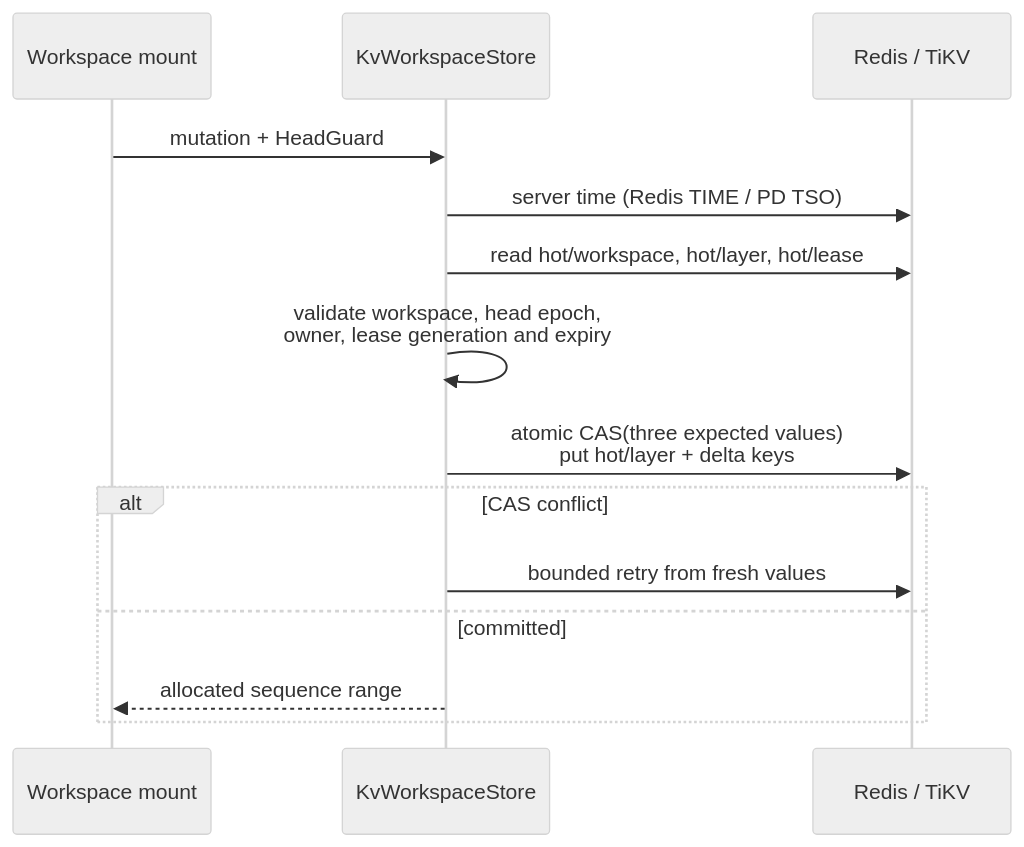
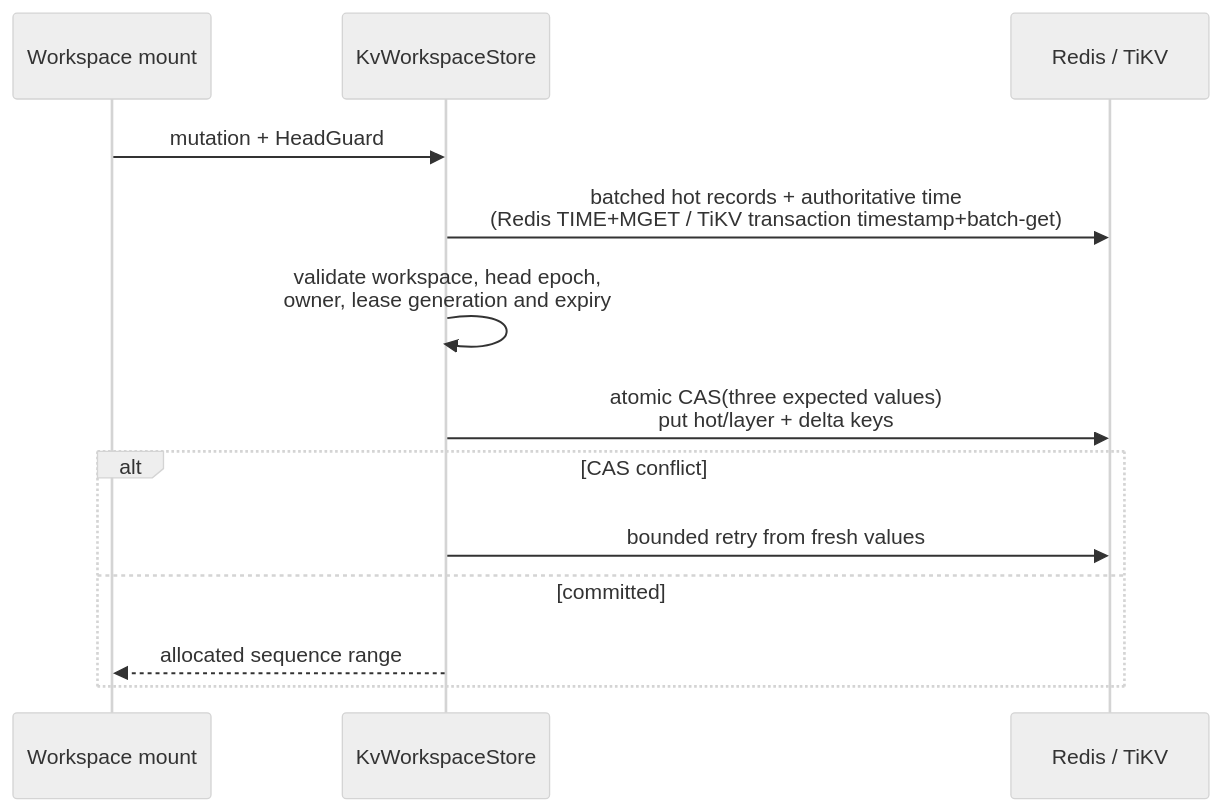
One commit to brewfs/brewfs changed the third of 3 diagrams in doc/architecture/workspace-overlay.md. Above: the diagram before and after it, drawn with Mermaid (neutral theme). The commit also changed other lines of this file and 11 other files, not shown here.

````diff
--- a/doc/architecture/workspace-overlay.md
+++ b/doc/architecture/workspace-overlay.md
@@ -98,17 +101,16 @@
 ```mermaid
 sequenceDiagram
     participant M as Workspace mount
     participant S as KvWorkspaceStore
     participant K as Redis / TiKV
 
     M->>S: mutation + HeadGuard
-    S->>K: server time (Redis TIME / PD TSO)
-    S->>K: read hot/workspace, hot/layer, hot/lease
+    S->>K: batched hot records + authoritative time<br/>(Redis TIME+MGET / TiKV transaction timestamp+batch-get)
     S->>S: validate workspace, head epoch,<br/>owner, lease generation and expiry
     S->>K: atomic CAS(three expected values)<br/>put hot/layer + delta keys
     alt CAS conflict
         S->>K: bounded retry from fresh values
     else committed
         S-->>M: allocated sequence range
     end
 ```
````
